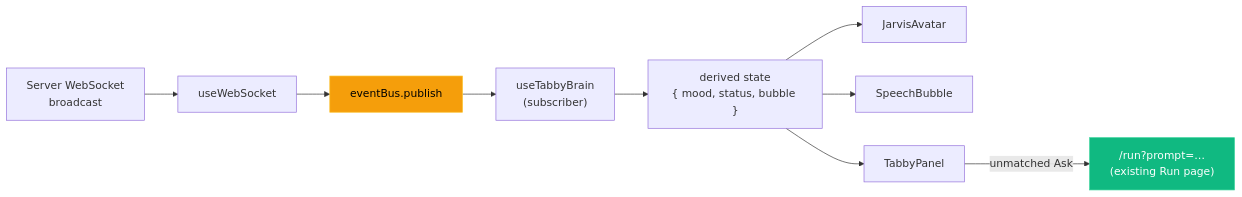
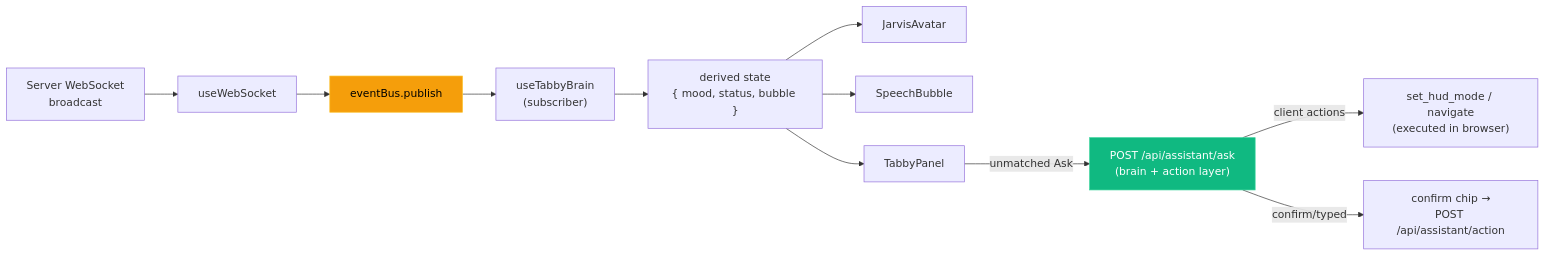
One commit to MrZarrar/Jarvis-Sub-Agent-Dashboard changed diagram 32 of 48 in ARCHITECTURE.md. Above: the diagram before and after it, drawn with Mermaid. The commit also changed other lines of this file and 9 other files, not shown here.

````diff
--- a/ARCHITECTURE.md
+++ b/ARCHITECTURE.md
@@ -2617,14 +2623,16 @@
 ```mermaid
 flowchart LR
     WSS["Server WebSocket<br/>broadcast"] --> UWS["useWebSocket"]
     UWS --> PUB["eventBus.publish"]
     PUB --> SUB["useTabbyBrain<br/>(subscriber)"]
     SUB --> DERIVED["derived state<br/>{ mood, status, bubble }"]
     DERIVED --> AVATAR["JarvisAvatar"]
     DERIVED --> BUBBLE["SpeechBubble"]
     DERIVED --> PANEL["TabbyPanel"]
-    PANEL -->|"unmatched Ask"| RUN["/run?prompt=…<br/>(existing Run page)"]
+    PANEL -->|"unmatched Ask"| ASK["POST /api/assistant/ask<br/>(brain + action layer)"]
+    ASK -->|"client actions"| EXEC["set_hud_mode / navigate<br/>(executed in browser)"]
+    ASK -->|"confirm/typed"| CHIP["confirm chip →<br/>POST /api/assistant/action"]
 
     style PUB fill:#f59e0b,stroke:#fbbf24,color:#000
-    style RUN fill:#10b981,stroke:#34d399,color:#fff
+    style ASK fill:#10b981,stroke:#34d399,color:#fff
 ```
````
